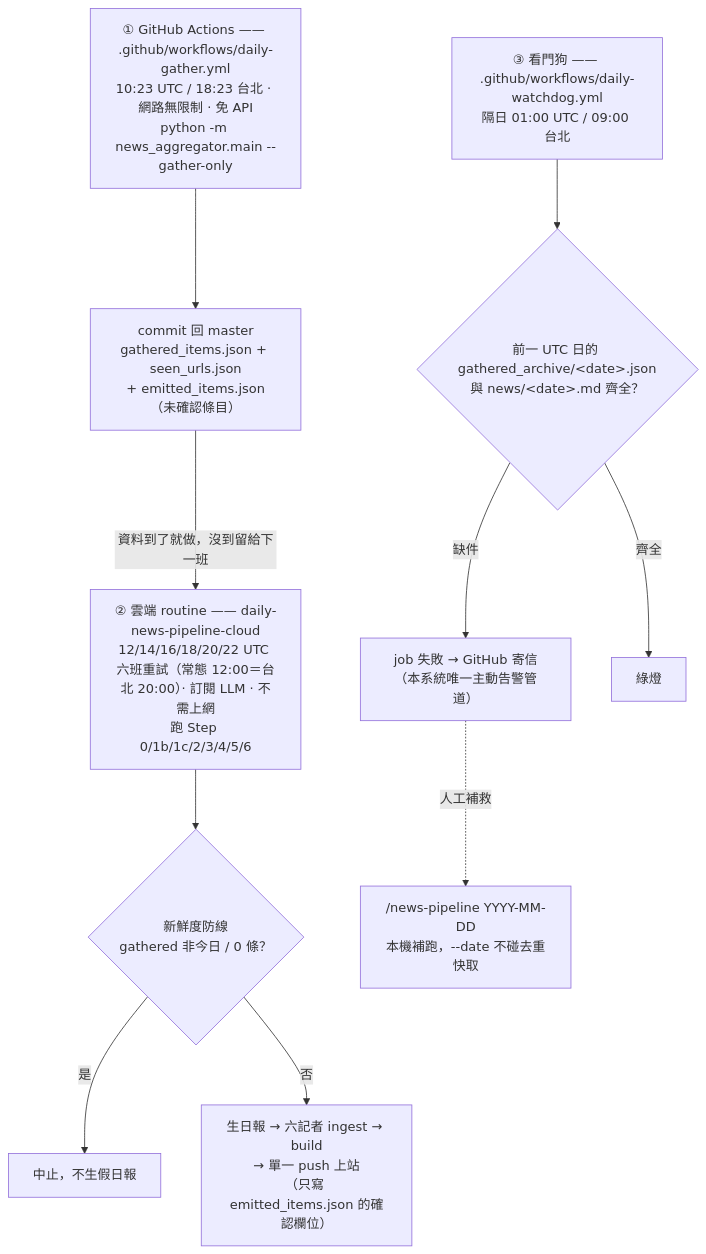
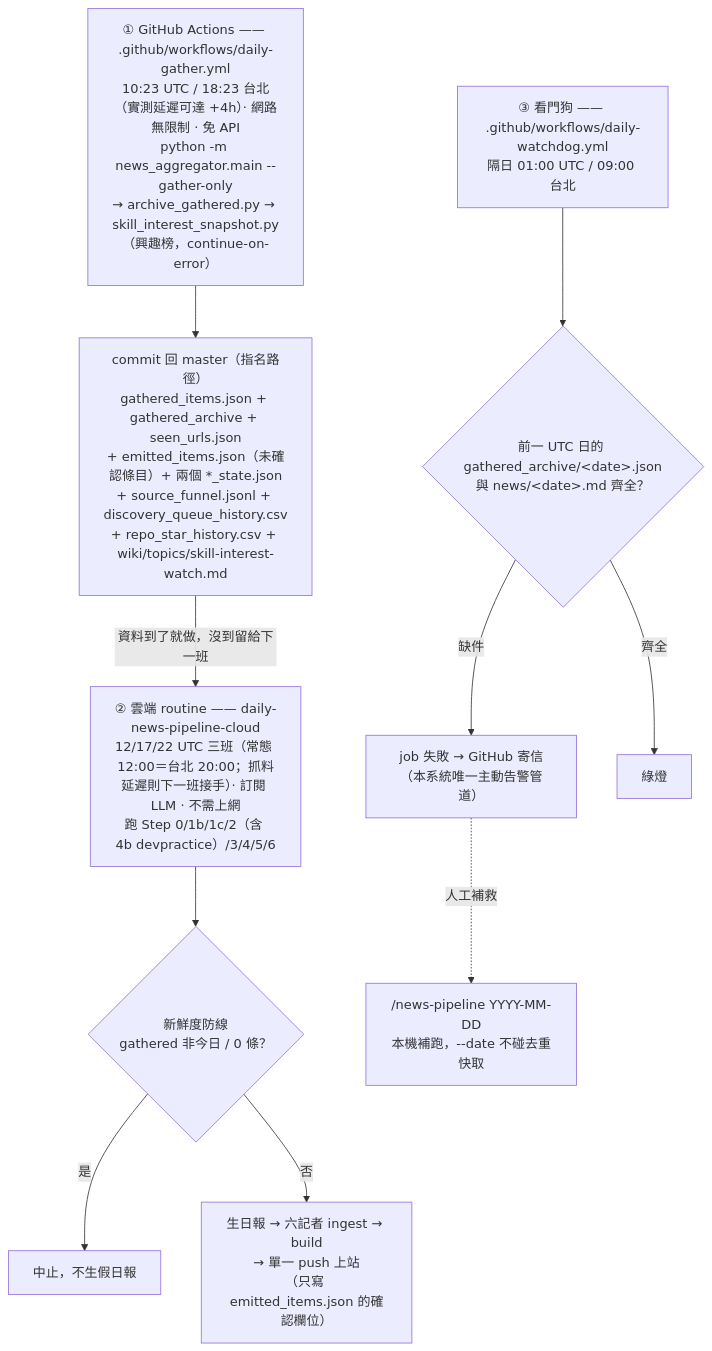
Before and after one commit to mandy82477/claude-news: the second of 9 diagrams in src/DesignDocument/Design Diagram.md, drawn with Mermaid. The commit also changed other lines of this file and 2 other files, not shown here.

Commit message:
docs: 架構文件同步 GitHub 發現機制改版（A/B/C/D 窗＋E 記錄端）、devpractice 第七位記者、user-query 進料、興趣榜、append-only 自解；修正雲端班次六班→三班漂移

````diff
--- a/src/DesignDocument/Design Diagram.md
+++ b/src/DesignDocument/Design Diagram.md
@@ -58,19 +58,19 @@
 ```mermaid
 flowchart TD
-    GHA["① GitHub Actions —— .github/workflows/daily-gather.yml\n10:23 UTC / 18:23 台北 · 網路無限制 · 免 API\npython -m news_aggregator.main --gather-only"]
-    GHA --> COMMIT["commit 回 master\ngathered_items.json + seen_urls.json\n+ emitted_items.json（未確認條目）"]
+    GHA["① GitHub Actions —— .github/workflows/daily-gather.yml\n10:23 UTC / 18:23 台北（實測延遲可達 +4h）· 網路無限制 · 免 API\npython -m news_aggregator.main --gather-only\n→ archive_gathered.py → skill_interest_snapshot.py（興趣榜，continue-on-error）"]
+    GHA --> COMMIT["commit 回 master（指名路徑）\ngathered_items.json + gathered_archive + seen_urls.json\n+ emitted_items.json（未確認條目）+ 兩個 *_state.json\n+ source_funnel.jsonl + discovery_queue_history.csv\n+ repo_star_history.csv + wiki/topics/skill-interest-watch.md"]
 
     COMMIT -->|資料到了就做，沒到留給下一班| CLOUD
 
-    CLOUD["② 雲端 routine —— daily-news-pipeline-cloud\n12/14/16/18/20/22 UTC 六班重試（常態 12:00＝台北 20:00）· 訂閱 LLM · 不需上網\n跑 Step 0/1b/1c/2/3/4/5/6"]
+    CLOUD["② 雲端 routine —— daily-news-pipeline-cloud\n12/17/22 UTC 三班（常態 12:00＝台北 20:00；抓料延遲則下一班接手）· 訂閱 LLM · 不需上網\n跑 Step 0/1b/1c/2（含 4b devpractice）/3/4/5/6"]
     CLOUD --> FRESH{"新鮮度防線\ngathered 非今日 / 0 條？"}
     FRESH -->|是| ABORT["中止，不生假日報"]
     FRESH -->|否| RUN["生日報 → 六記者 ingest → build\n→ 單一 push 上站\n（只寫 emitted_items.json 的確認欄位）"]
 
     WD["③ 看門狗 —— .github/workflows/daily-watchdog.yml\n隔日 01:00 UTC / 09:00 台北"]
     WD --> CHECK{"前一 UTC 日的 gathered_archive/&lt;date&gt;.json\n與 news/&lt;date&gt;.md 齊全？"}
     CHECK -->|缺件| FAIL["job 失敗 → GitHub 寄信\n（本系統唯一主動告警管道）"]
     CHECK -->|齊全| GREEN["綠燈"]
 
     FAIL -.->|人工補救| MANUAL["/news-pipeline YYYY-MM-DD\n本機補跑，--date 不碰去重快取"]
 ```
````
